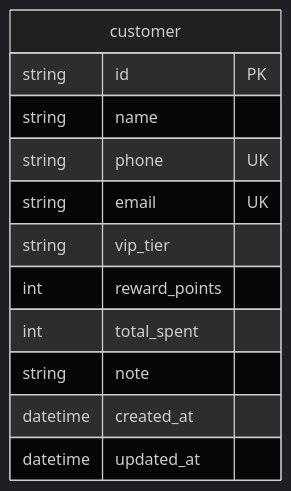
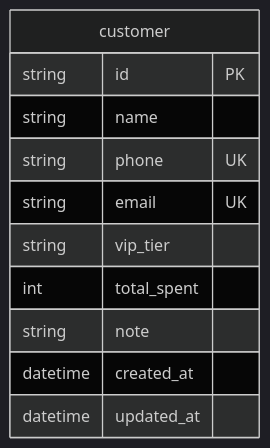
Before and after one commit to wolfdigit/freds-pos-be: the diagram in prompts/customers/02-data-model.md, drawn with Mermaid (dark theme). The commit also changed other lines of this file and 9 other files, not shown here.

````diff
--- a/prompts/customers/02-data-model.md
+++ b/prompts/customers/02-data-model.md
@@ -7,15 +7,14 @@
 ```mermaid
 erDiagram
   customer {
     string id PK
     string name
     string phone UK
     string email UK
     string vip_tier
-    int reward_points
     int total_spent
     string note
     datetime created_at
     datetime updated_at
   }
 ```
````
